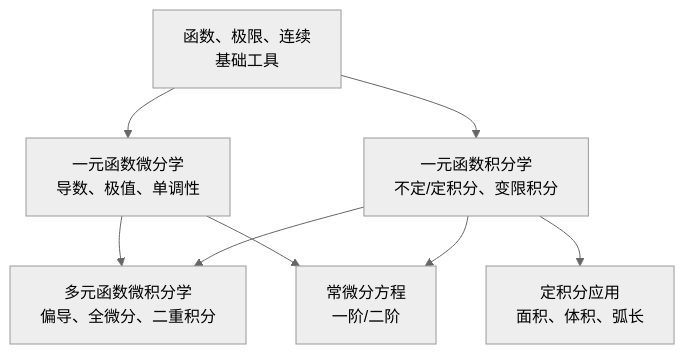
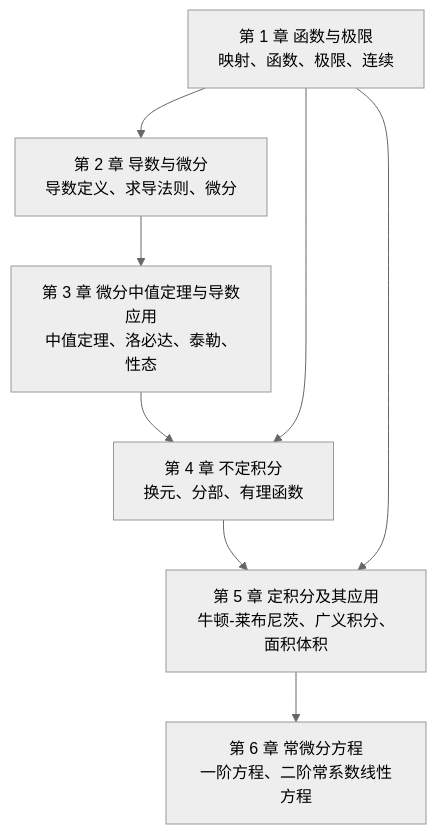
One commit to belos-street/kb-vault changed the diagram in src/mathematics/calculus/readme.md. Above: the diagram before and after it, drawn with Mermaid (neutral theme). The commit also changed other lines of this file, not shown here.

````diff
--- a/src/mathematics/calculus/readme.md
+++ b/src/mathematics/calculus/readme.md
@@ -23,10 +27,10 @@
 ```mermaid
 graph TB
-    A["函数、极限、连续<br/>基础工具"] --> B["一元函数微分学<br/>导数、极值、单调性"]
-    A --> C["一元函数积分学<br/>不定/定积分、变限积分"]
-    B --> D["多元函数微积分学<br/>偏导、全微分、二重积分"]
-    C --> D
-    B --> E["常微分方程<br/>一阶/二阶"]
-    C --> E
-    C --> G["定积分应用<br/>面积、体积、弧长"]
+    A["第 1 章 函数与极限<br/>映射、函数、极限、连续"] --> B["第 2 章 导数与微分<br/>导数定义、求导法则、微分"]
+    B --> C["第 3 章 微分中值定理与导数应用<br/>中值定理、洛必达、泰勒、性态"]
+    C --> D["第 4 章 不定积分<br/>换元、分部、有理函数"]
+    D --> E["第 5 章 定积分及其应用<br/>牛顿-莱布尼茨、广义积分、面积体积"]
+    E --> F["第 6 章 常微分方程<br/>一阶方程、二阶常系数线性方程"]
+    A --> D
+    A --> E
 ```
````
